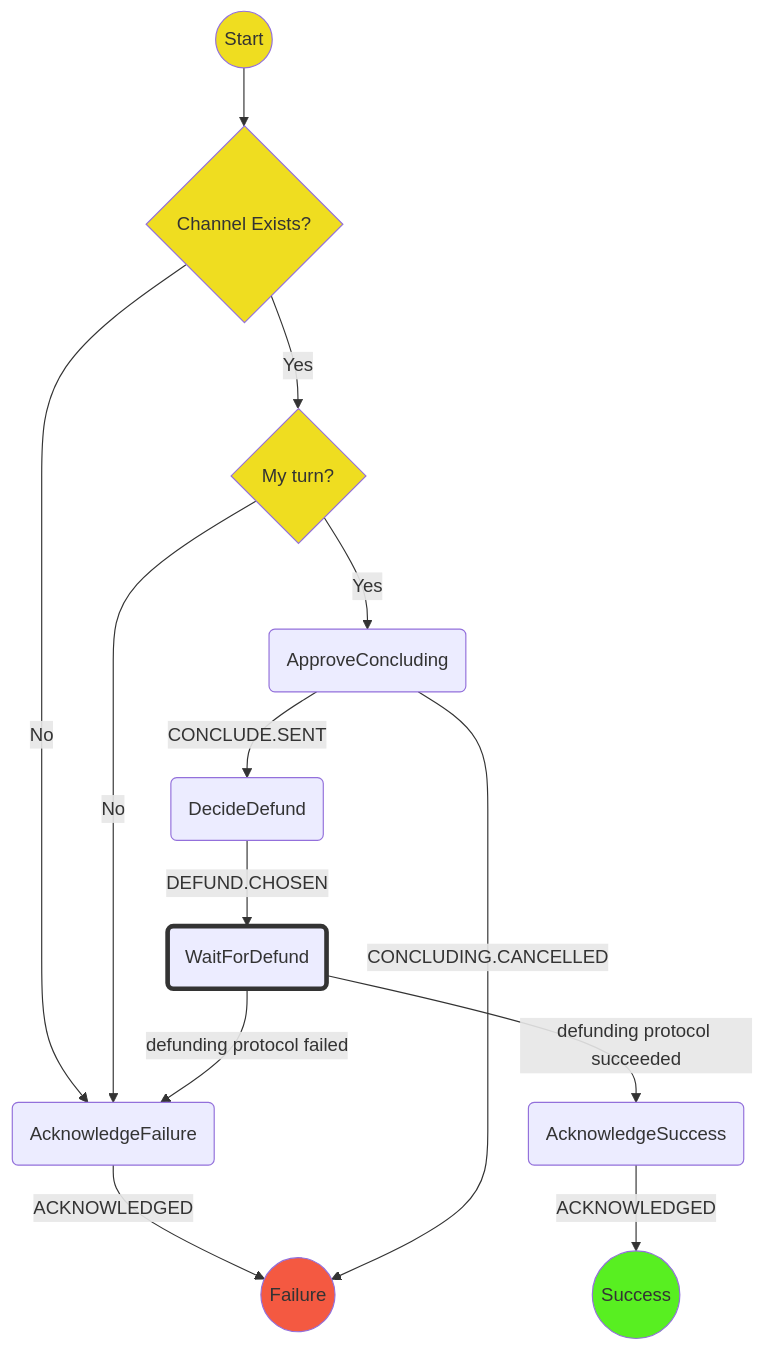
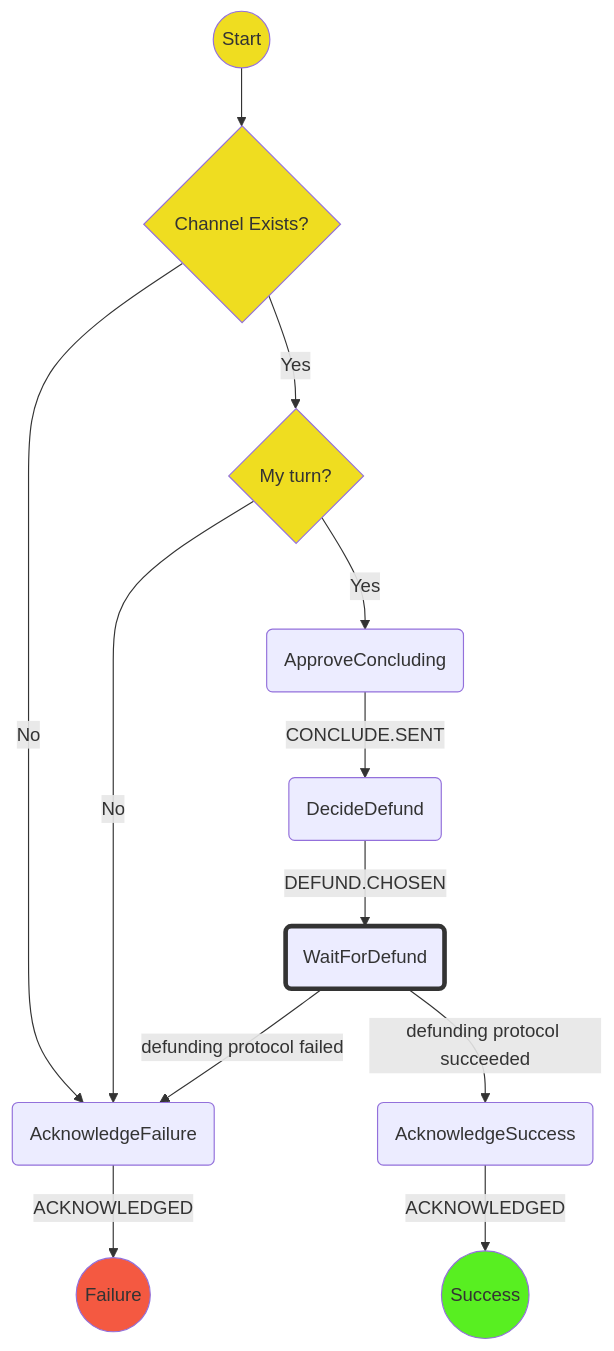
The diagram in packages/wallet/src/redux/protocols/concluding/responder/readme.md (magmo/apps), drawn with Mermaid before and after one commit. The commit also changed other lines of this file and 9 other files, not shown here.

````diff
--- a/packages/wallet/src/redux/protocols/concluding/responder/readme.md
+++ b/packages/wallet/src/redux/protocols/concluding/responder/readme.md
@@ -21,21 +21,20 @@
 ```mermaid
 graph TD
   S((Start)) --> E{Channel Exists?}
   E --> |No| AF(AcknowledgeFailure)
   AF -->|ACKNOWLEDGED| F((Failure))
   E --> |Yes| MT{My turn?}
   MT  --> |Yes| CC(ApproveConcluding)
   MT  --> |No| AF(AcknowledgeFailure)
-  CC  --> |CONCLUDING.CANCELLED| F
   CC  --> |CONCLUDE.SENT| DD(DecideDefund)
   DD --> |DEFUND.CHOSEN| D(WaitForDefund)
   D   --> |defunding protocol succeeded| AS(AcknowledgeSuccess)
   AS -->  |ACKNOWLEDGED| SS((Success))
   D   --> |defunding protocol failed| AF(AcknowledgeFailure)
   style S  fill:#efdd20
   style E  fill:#efdd20
   style MT fill:#efdd20
   style SS fill:#58ef21
   style F  fill:#f45941
   style D stroke:#333,stroke-width:4px
 ```
````
